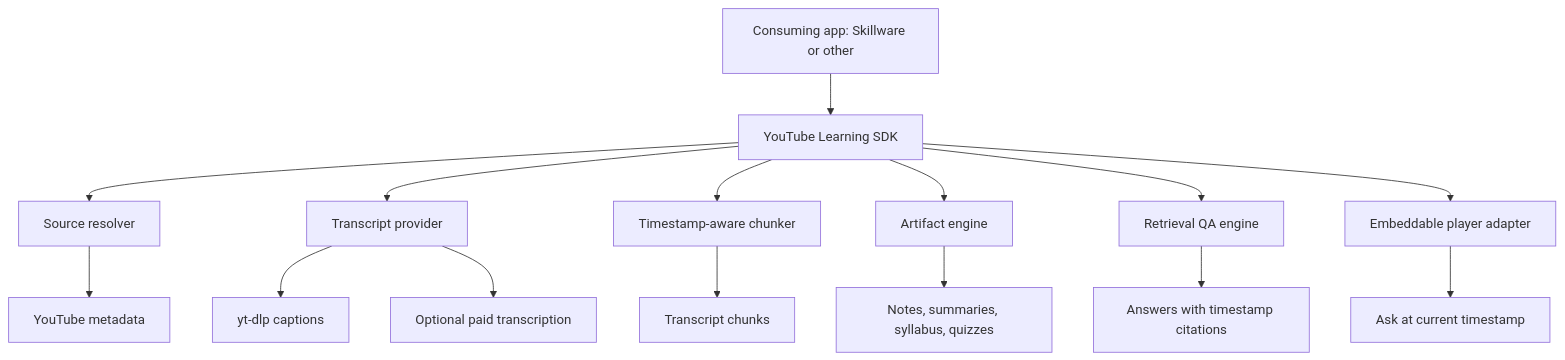
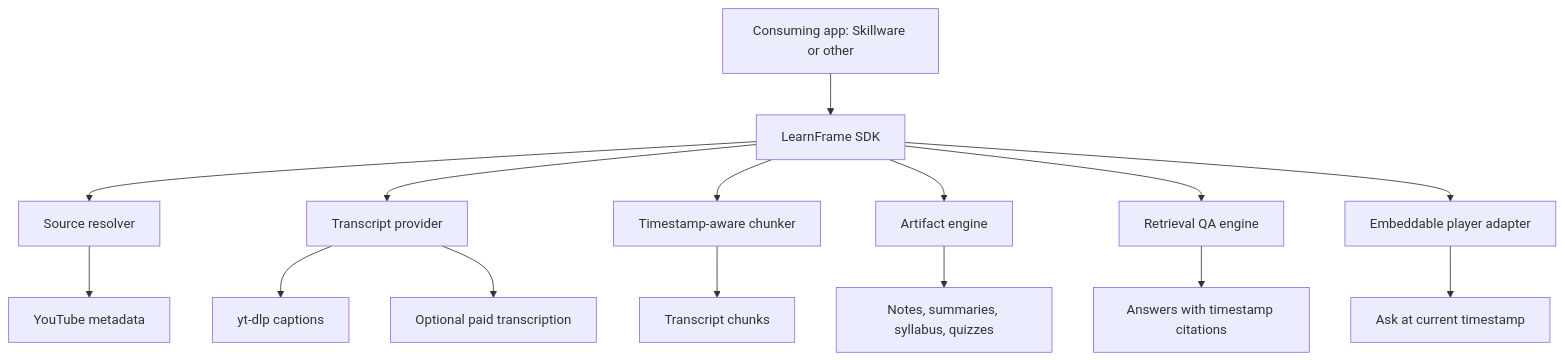
The second of 4 diagrams in docs/plan.md (Atharva-Kanherkar/learnframe), drawn with Mermaid before and after one commit. The commit also changed other lines of this file and 4 other files, not shown here.

Commit message:
Rename project to LearnFrame

````diff
--- a/docs/plan.md
+++ b/docs/plan.md
@@ -52,19 +52,19 @@
 ```mermaid
 flowchart TD
-  App["Consuming app: Skillware or other"] --> SDK["YouTube Learning SDK"]
+  App["Consuming app: Skillware or other"] --> SDK["LearnFrame SDK"]
 
   SDK --> Source["Source resolver"]
   SDK --> Transcript["Transcript provider"]
   SDK --> Chunker["Timestamp-aware chunker"]
   SDK --> Artifacts["Artifact engine"]
   SDK --> QA["Retrieval QA engine"]
   SDK --> Player["Embeddable player adapter"]
 
   Source --> YTMeta["YouTube metadata"]
   Transcript --> Captions["yt-dlp captions"]
   Transcript --> PaidSTT["Optional paid transcription"]
   Chunker --> Chunks["Transcript chunks"]
   Artifacts --> Notes["Notes, summaries, syllabus, quizzes"]
   QA --> Answer["Answers with timestamp citations"]
   Player --> Ask["Ask at current timestamp"]
 ```
````
